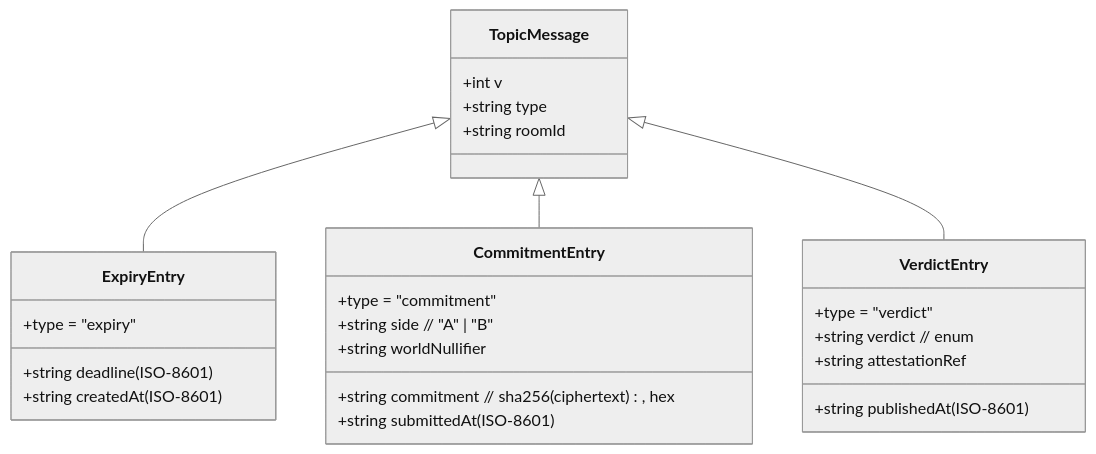
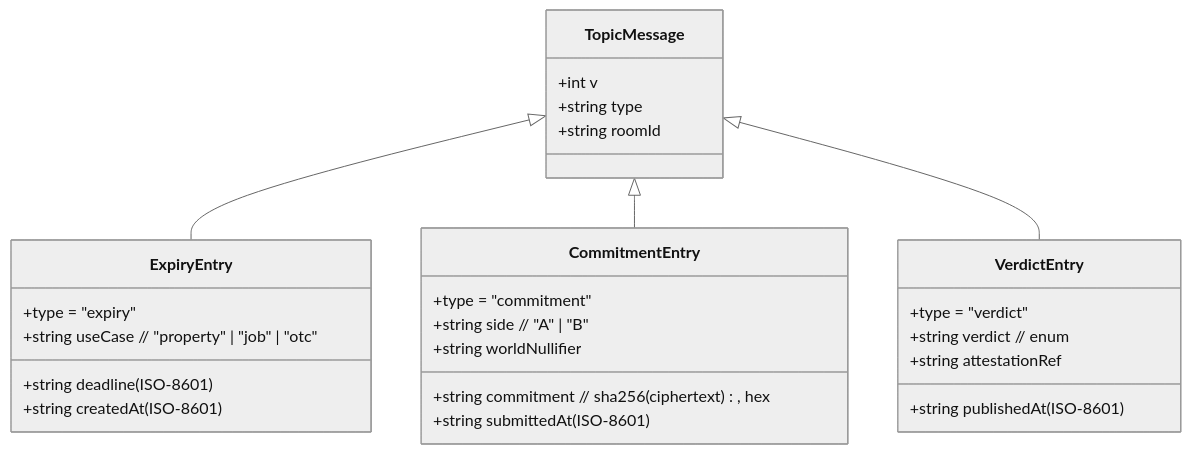
The diagram in docs/00-overview/02-data-model.md (fabroche/ethglobal-lisboa-2026), drawn with Mermaid (neutral theme) before and after one commit. The commit also changed other lines of this file and 2 other files, not shown here.

First line of the commit message:
docs(decisions): D16 — free-form positions + use-case guidance presets

````diff
--- a/docs/00-overview/02-data-model.md
+++ b/docs/00-overview/02-data-model.md
@@ -16,29 +16,30 @@
 ```mermaid
 classDiagram
   class TopicMessage {
     +int v
     +string type
     +string roomId
   }
   class ExpiryEntry {
     +type = "expiry"
+    +string useCase  // "property" | "job" | "otc"
     +string deadline (ISO-8601)
     +string createdAt (ISO-8601)
   }
   class CommitmentEntry {
     +type = "commitment"
     +string side  // "A" | "B"
     +string commitment  // sha256(ciphertext), hex
     +string worldNullifier
     +string submittedAt (ISO-8601)
   }
   class VerdictEntry {
     +type = "verdict"
     +string verdict  // enum
     +string attestationRef
     +string publishedAt (ISO-8601)
   }
   TopicMessage <|-- ExpiryEntry
   TopicMessage <|-- CommitmentEntry
   TopicMessage <|-- VerdictEntry
 ```
````
